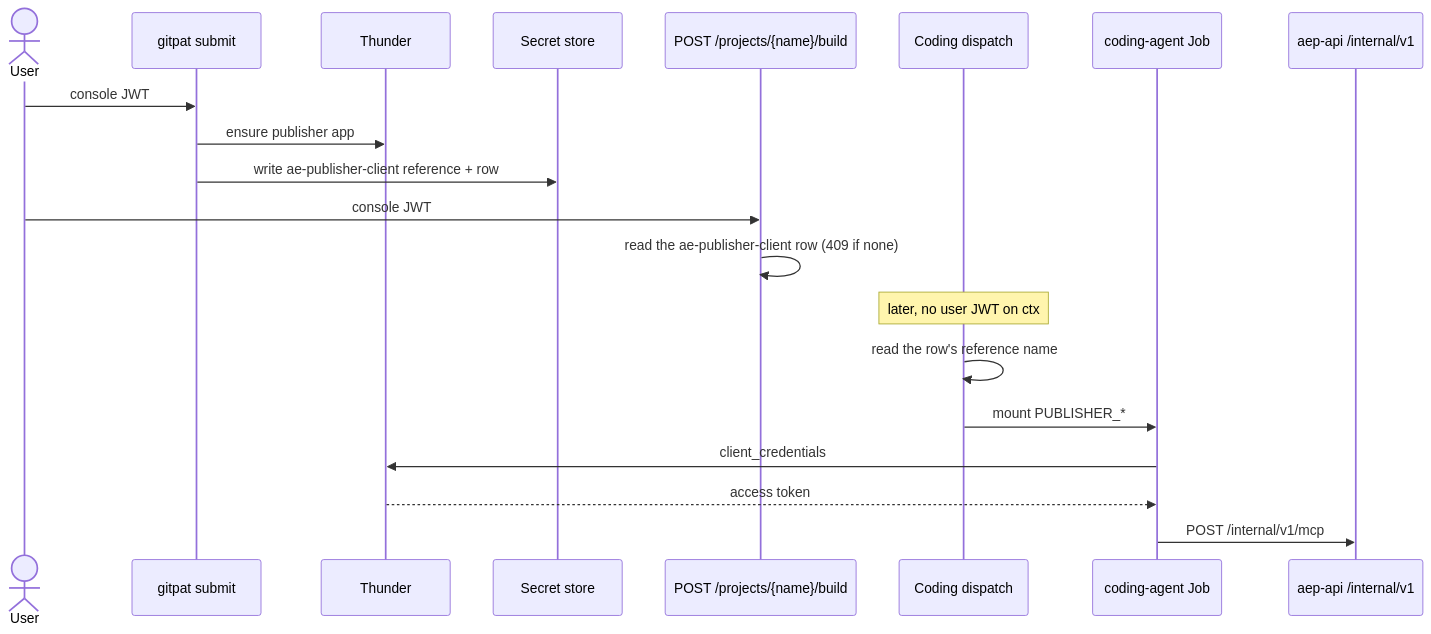
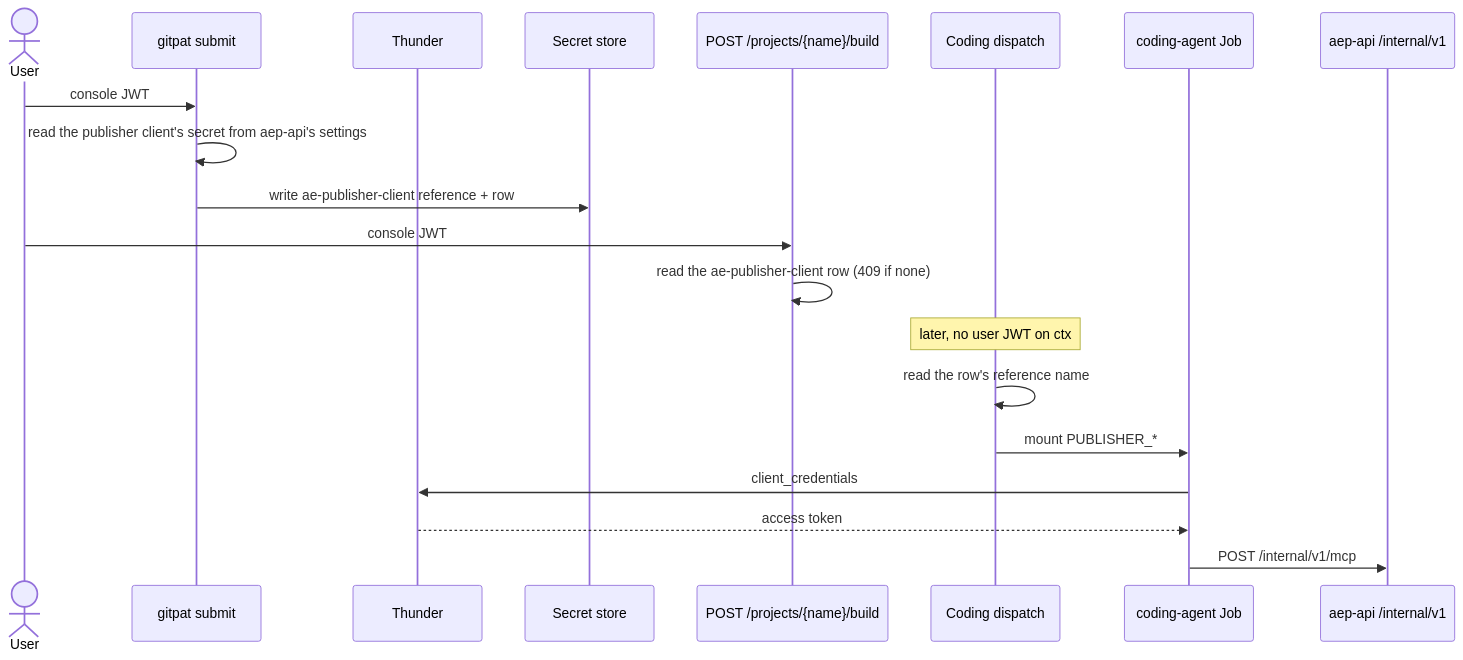
Before and after one commit to wso2/labs-agentic-engineer: the first of 3 diagrams in services/aep-api/internal/delivery/codingagent/design/oc-job-dispatch.md, drawn with Mermaid. The commit also changed other lines of this file and 11 other files, not shown here.

First line of the commit message:
docs(idp): text that still said aep-api creates the publisher client

````diff
--- a/services/aep-api/internal/delivery/codingagent/design/oc-job-dispatch.md
+++ b/services/aep-api/internal/delivery/codingagent/design/oc-job-dispatch.md
@@ -57,23 +57,23 @@
 ```mermaid
 sequenceDiagram
   actor User
   participant Submit as gitpat submit
   participant Thunder
   participant Store as Secret store
   participant Build as POST /projects/{name}/build
   participant Dispatch as Coding dispatch
   participant Job as coding-agent Job
   participant API as aep-api /internal/v1
 
   User->>Submit: console JWT
-  Submit->>Thunder: ensure publisher app
+  Submit->>Submit: read the publisher client's secret from aep-api's settings
   Submit->>Store: write ae-publisher-client reference + row
   User->>Build: console JWT
   Build->>Build: read the ae-publisher-client row (409 if none)
   Note over Dispatch: later, no user JWT on ctx
   Dispatch->>Dispatch: read the row's reference name
   Dispatch->>Job: mount PUBLISHER_*
   Job->>Thunder: client_credentials
   Thunder-->>Job: access token
   Job->>API: POST /internal/v1/mcp
 ```
````
